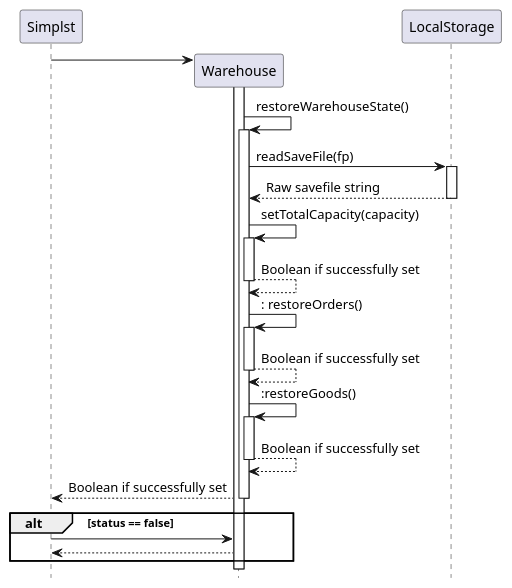
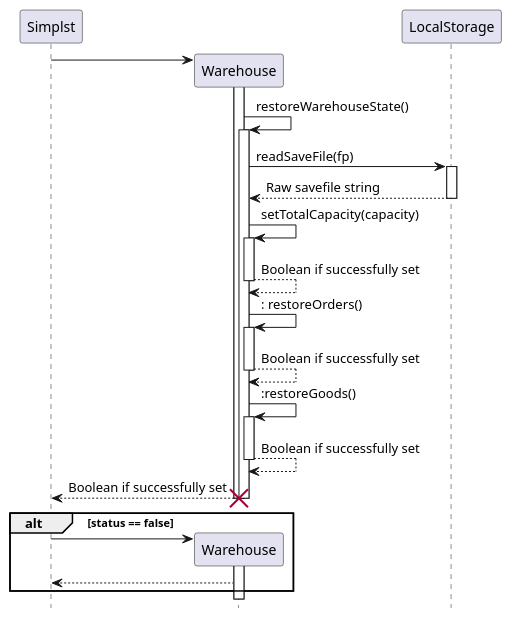
One commit to nus-cs2113-AY2122S2/tp changed the diagram in docs/diagrams/LocalStorage/RestoreStateSequence.puml. Above: the diagram before and after it, drawn with PlantUML. The commit also changed 4 other files, not shown here.

```diff
--- a/docs/diagrams/LocalStorage/RestoreStateSequence.puml
+++ b/docs/diagrams/LocalStorage/RestoreStateSequence.puml
@@ -1,29 +1,31 @@
 @startuml
 'https://plantuml.com/sequence-diagram
 hide footbox
 participant Simplst as S
 participant Warehouse as w
 participant LocalStorage as ls
 
 create w
 S -> w
 activate w
 w -> w ++ : restoreWarehouseState()
 w -> ls ++ : readSaveFile(fp)
 ls --> w -- : Raw savefile string
 w -> w ++ : setTotalCapacity(capacity)
 w --> w -- : Boolean if successfully set
 w -> w ++ : : restoreOrders()
 w --> w -- : Boolean if successfully set
 w -> w ++ : :restoreGoods()
 w --> w -- : Boolean if successfully set
 w --> S : Boolean if successfully set
 deactivate w
 
 alt status == false
-
+destroy w
+create w
 S -> w
+activate w
 w --> S
 end
 
 @enduml
```
